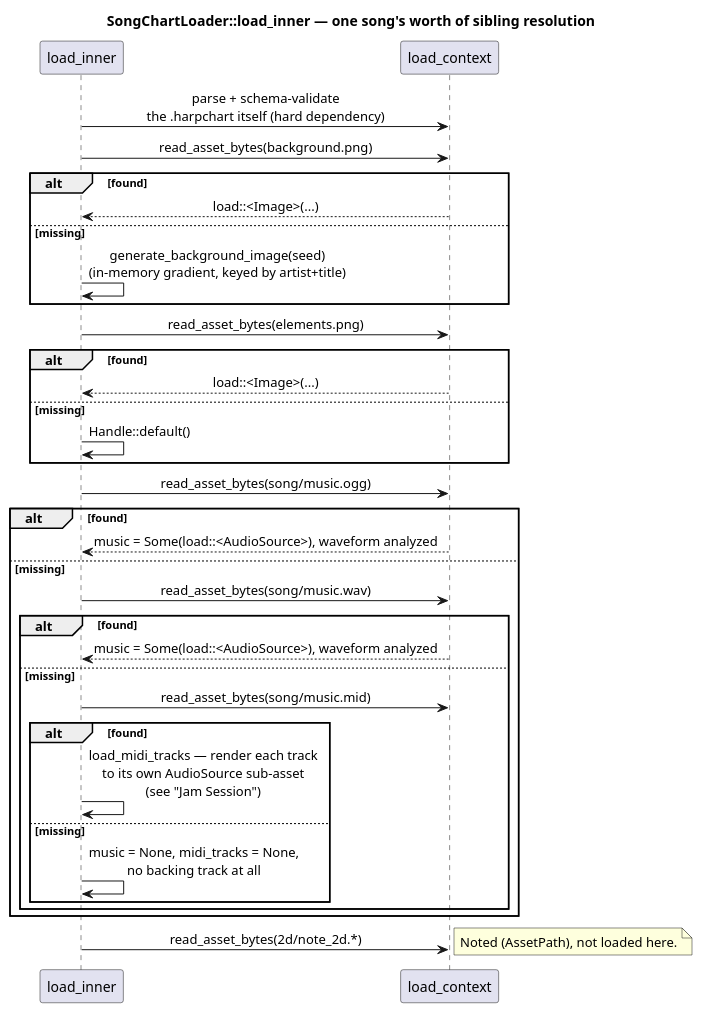
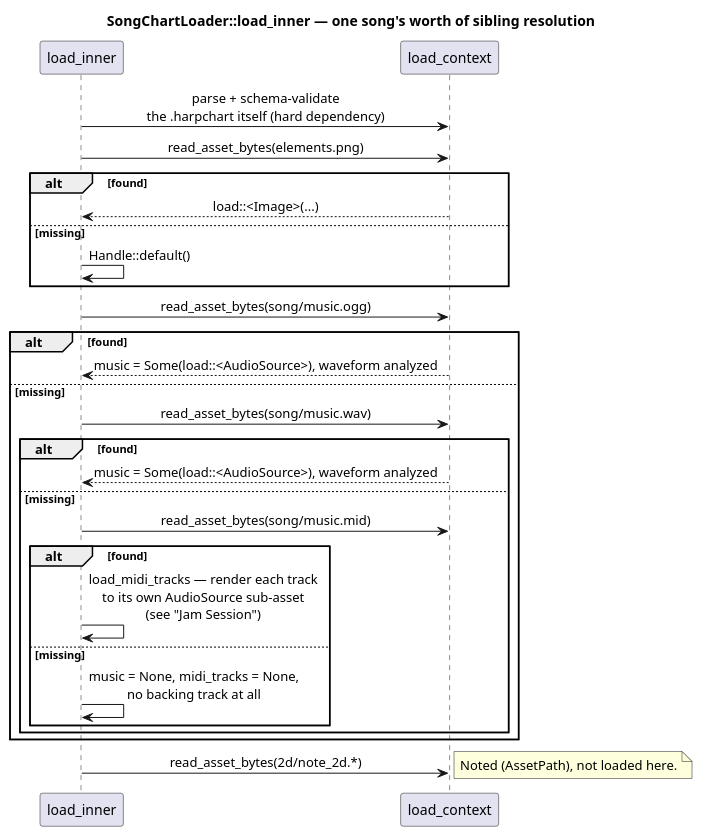
One commit to tcanabrava/harmonicon changed the second of 2 diagrams in contributing/src/chart-and-assets.md. Above: the diagram before and after it, drawn with PlantUML. The commit also changed 67 other files, not shown here.

````diff
--- a/contributing/src/chart-and-assets.md
+++ b/contributing/src/chart-and-assets.md
@@ -131,44 +131,37 @@
 ```plantuml
 @startuml
 title SongChartLoader::load_inner — one song's worth of sibling resolution
 skinparam sequenceMessageAlign center
 
 participant "load_inner" as loader
 participant "load_context" as ctx
 
 loader -> ctx : parse + schema-validate\nthe .harpchart itself (hard dependency)
-loader -> ctx : read_asset_bytes(background.png)
-alt found
-  ctx --> loader : load::<Image>(...)
-else missing
-  loader -> loader : generate_background_image(seed)\n(in-memory gradient, keyed by artist+title)
-end
-
 loader -> ctx : read_asset_bytes(elements.png)
 alt found
   ctx --> loader : load::<Image>(...)
 else missing
   loader -> loader : Handle::default()
 end
 
 loader -> ctx : read_asset_bytes(song/music.ogg)
 alt found
   ctx --> loader : music = Some(load::<AudioSource>), waveform analyzed
 else missing
   loader -> ctx : read_asset_bytes(song/music.wav)
   alt found
     ctx --> loader : music = Some(load::<AudioSource>), waveform analyzed
   else missing
     loader -> ctx : read_asset_bytes(song/music.mid)
     alt found
       loader -> loader : load_midi_tracks — render each track\nto its own AudioSource sub-asset\n(see "Jam Session")
     else missing
       loader -> loader : music = None, midi_tracks = None,\nno backing track at all
     end
   end
 end
 
 loader -> ctx : read_asset_bytes(2d/note_2d.*)
 note right: Noted (AssetPath), not loaded here.
 @enduml
 ```
````
